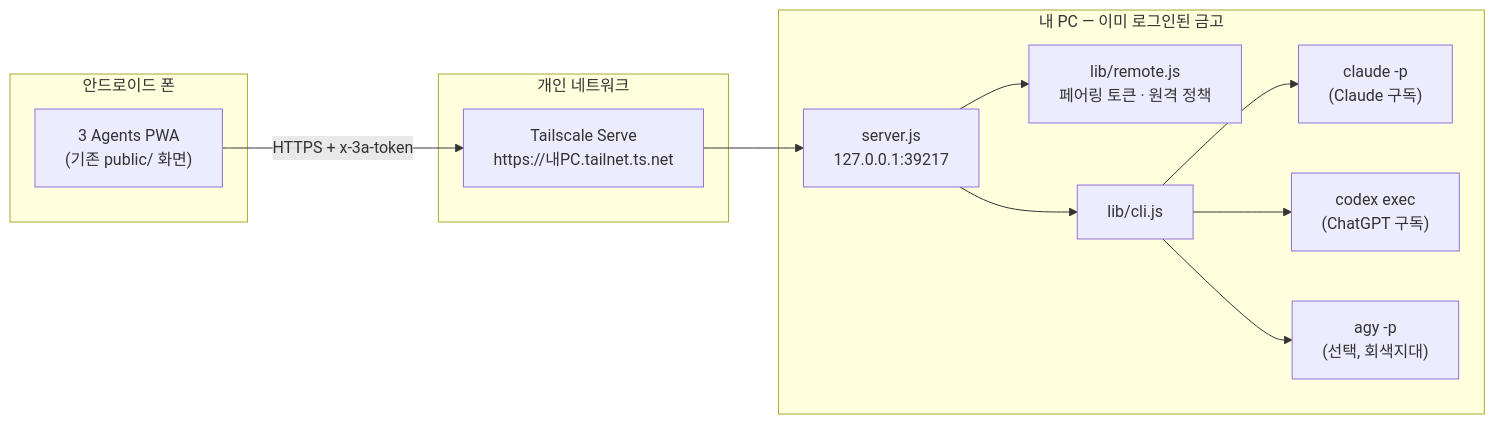
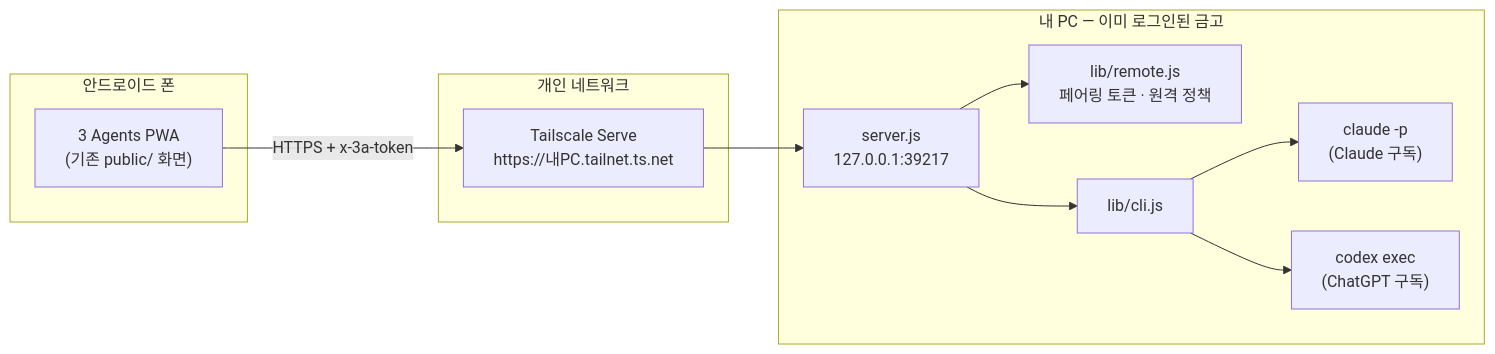
The diagram in docs/android-login-design.md (innerpeace0715-spec/-), drawn with Mermaid before and after one commit. The commit also changed other lines of this file, not shown here.

````diff
--- a/docs/android-login-design.md
+++ b/docs/android-login-design.md
@@ -46,20 +48,19 @@
 ```mermaid
 flowchart LR
   subgraph Phone[안드로이드 폰]
     PWA["3 Agents PWA<br/>(기존 public/ 화면)"]
   end
   subgraph Net[개인 네트워크]
     TS["Tailscale Serve<br/>https://내PC.tailnet.ts.net"]
   end
   subgraph PC[내 PC — 이미 로그인된 금고]
     SRV["server.js<br/>127.0.0.1:39217"]
     AUTH["lib/remote.js<br/>페어링 토큰 · 원격 정책"]
     CLI["lib/cli.js"]
     C1["claude -p<br/>(Claude 구독)"]
     C2["codex exec<br/>(ChatGPT 구독)"]
-    C3["agy -p<br/>(선택, 회색지대)"]
   end
   PWA -- "HTTPS + x-3a-token" --> TS --> SRV
   SRV --> AUTH
-  SRV --> CLI --> C1 & C2 & C3
+  SRV --> CLI --> C1 & C2
 ```
````
